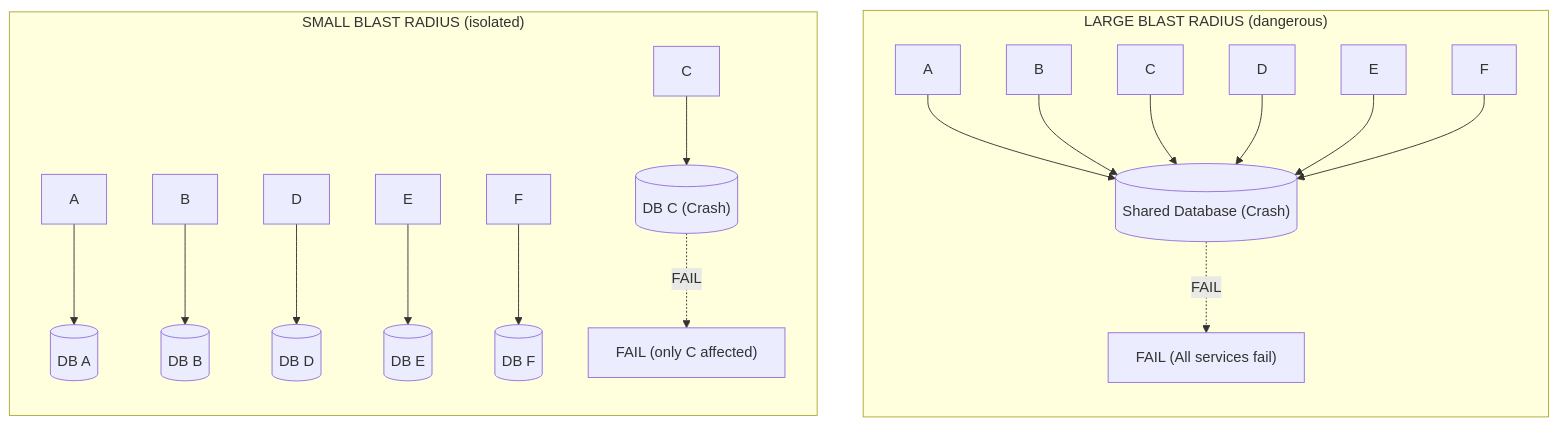
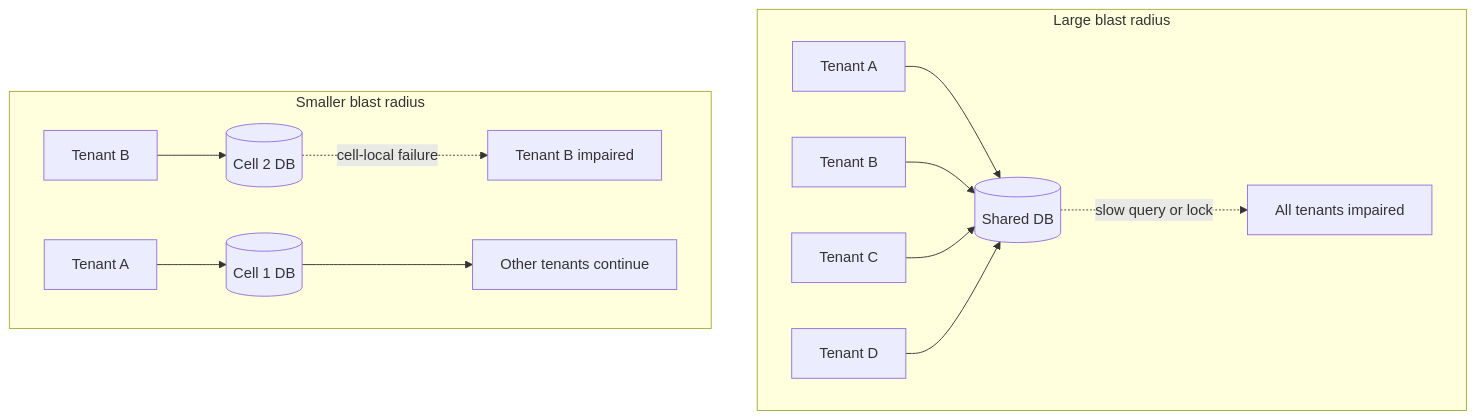
Before and after one commit to kube-dojo/kube-dojo: the sixth of 11 diagrams in src/content/docs/platform/foundations/reliability-engineering/module-2.2-failure-modes-and-effects.md, drawn with Mermaid. The commit also changed other lines of this file and 4 other files, not shown here.

````diff
--- a/src/content/docs/platform/foundations/reliability-engineering/module-2.2-failure-modes-and-effects.md
+++ b/src/content/docs/platform/foundations/reliability-engineering/module-2.2-failure-modes-and-effects.md
@@ -487,25 +255,17 @@
 ```mermaid
 flowchart TD
-    subgraph Large["LARGE BLAST RADIUS (dangerous)"]
-        direction TB
-        DB1[("Shared Database (Crash)")]
-        A1[A] --> DB1
-        B1[B] --> DB1
-        C1[C] --> DB1
-        D1[D] --> DB1
-        E1[E] --> DB1
-        F1[F] --> DB1
-        DB1 -.->|"FAIL"| F_ALL["FAIL (All services fail)"]
+    subgraph Large["Large blast radius"]
+        A["Tenant A"] --> DB1[("Shared DB")]
+        B["Tenant B"] --> DB1
+        C["Tenant C"] --> DB1
+        D["Tenant D"] --> DB1
+        DB1 -. "slow query or lock" .-> X["All tenants impaired"]
     end
 
-    subgraph Small["SMALL BLAST RADIUS (isolated)"]
-        direction TB
-        A2[A] --> DBA[("DB A")]
-        B2[B] --> DBB[("DB B")]
-        C2[C] --> DBC[("DB C (Crash)")]
-        D2[D] --> DBD[("DB D")]
-        E2[E] --> DBE[("DB E")]
-        F2[F] --> DBF[("DB F")]
-        DBC -.->|"FAIL"| FC["FAIL (only C affected)"]
+    subgraph Small["Smaller blast radius"]
+        A2["Tenant A"] --> C1[("Cell 1 DB")]
+        B2["Tenant B"] --> C2[("Cell 2 DB")]
+        C2 -. "cell-local failure" .-> Y["Tenant B impaired"]
+        C1 --> Z["Other tenants continue"]
     end
 ```
````
